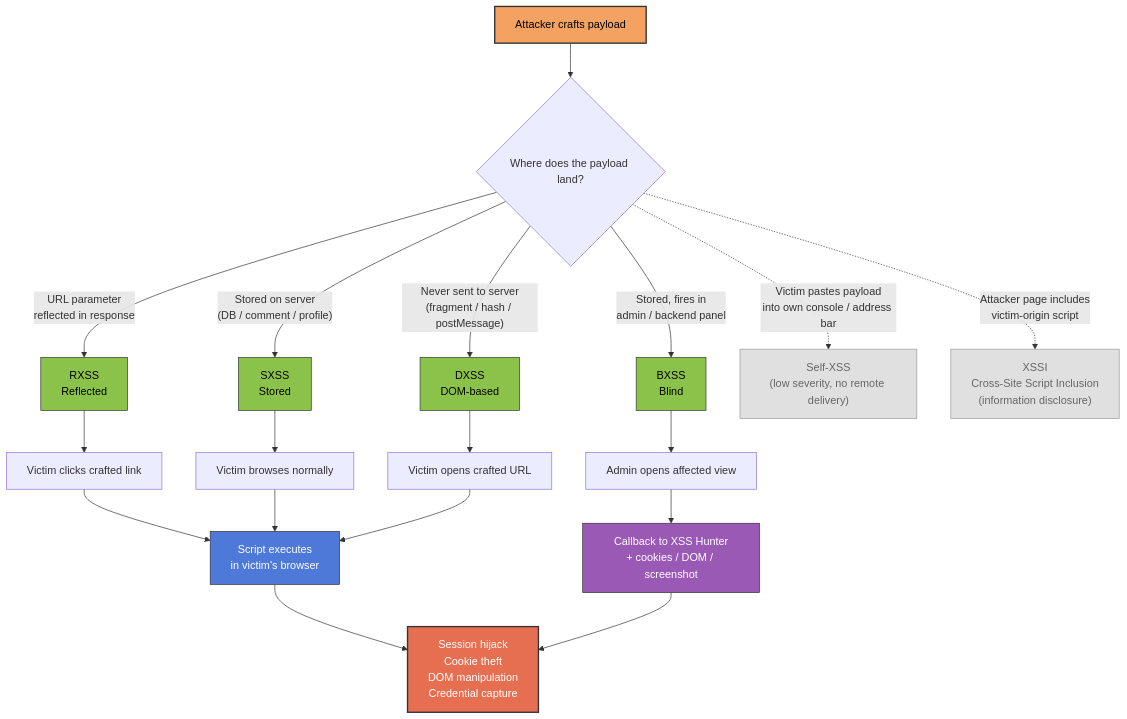
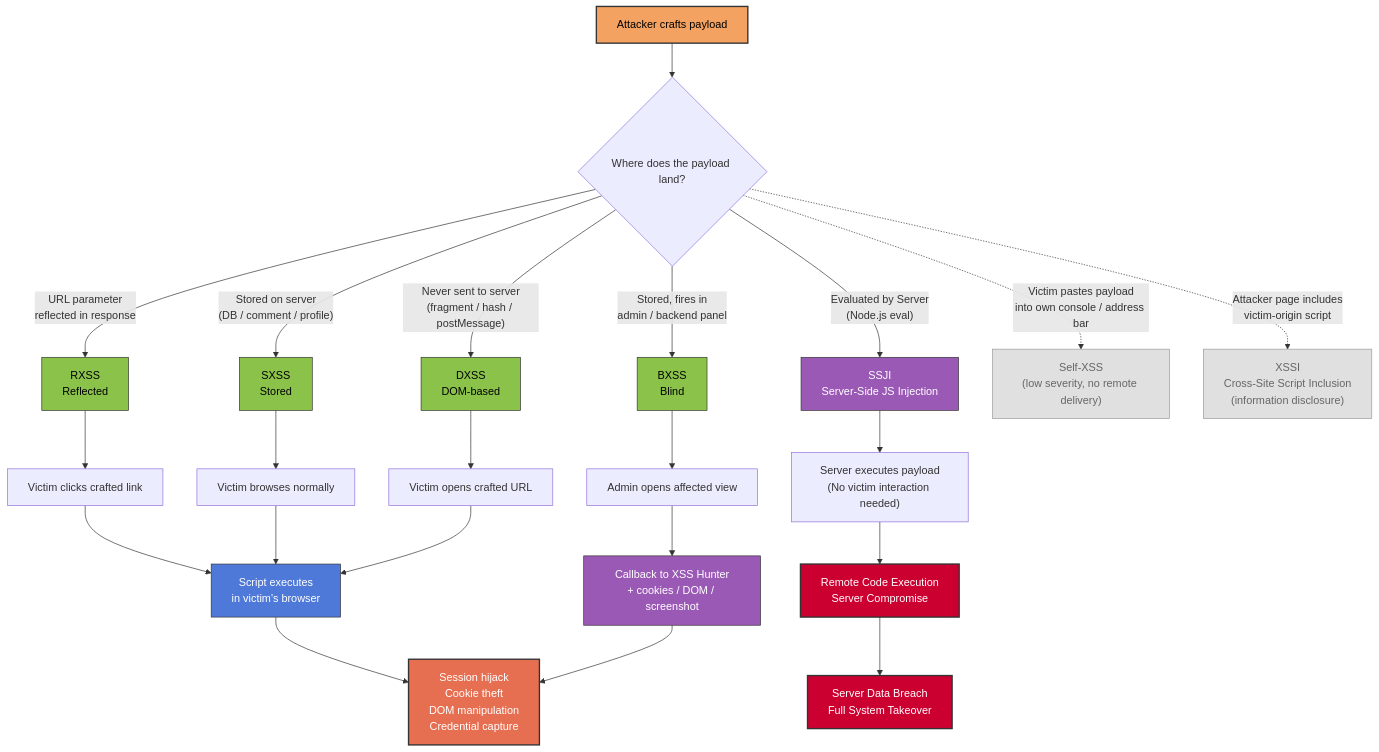
Before and after one commit to adolfcna/ATOM: the first of 2 diagrams in docs/OWASP/XSS & CSRF/XSS.mdx, drawn with Mermaid. The commit also changed other lines of this file and 1 other file, not shown here.

````diff
--- a/docs/OWASP/XSS & CSRF/XSS.mdx
+++ b/docs/OWASP/XSS & CSRF/XSS.mdx
@@ -26,36 +26,43 @@
 ```mermaid
 flowchart TD
     A["Attacker crafts payload"] --> B{"Where does the payload land?"}
 
     B -->|"URL parameter<br/>reflected in response"| R["RXSS<br/>Reflected"]
     B -->|"Stored on server<br/>(DB / comment / profile)"| S["SXSS<br/>Stored"]
     B -->|"Never sent to server<br/>(fragment / hash / postMessage)"| D["DXSS<br/>DOM-based"]
     B -->|"Stored, fires in<br/>admin / backend panel"| BL["BXSS<br/>Blind"]
+    B -->|"Evaluated by Server<br/>(Node.js eval)"| SSJI["SSJI<br/>Server-Side JS Injection"]
 
     R --> V1["Victim clicks crafted link"]
     S --> V2["Victim browses normally"]
     D --> V3["Victim opens crafted URL"]
     BL --> V4["Admin opens affected view"]
+    SSJI --> SRV["Server executes payload<br/>(No victim interaction needed)"]
 
     V1 --> EXEC["Script executes<br/>in victim's browser"]
     V2 --> EXEC
     V3 --> EXEC
     V4 --> CALL["Callback to XSS Hunter<br/>+ cookies / DOM / screenshot"]
+    SRV --> RCE["Remote Code Execution<br/>Server Compromise"]
 
     EXEC --> IMPACT["Session hijack<br/>Cookie theft<br/>DOM manipulation<br/>Credential capture"]
     CALL --> IMPACT
+    RCE --> IMPACT2["Server Data Breach<br/>Full System Takeover"]
 
     B -.->|"Victim pastes payload<br/>into own console / address bar"| SELF["Self-XSS<br/>(low severity, no remote delivery)"]
     B -.->|"Attacker page includes<br/>victim-origin script"| XSSI["XSSI<br/>Cross-Site Script Inclusion<br/>(information disclosure)"]
 
     style A fill:#f4a261,stroke:#333,stroke-width:2px,color:#000
     style R fill:#8bc34a,stroke:#333,stroke-width:1px,color:#000
     style S fill:#8bc34a,stroke:#333,stroke-width:1px,color:#000
     style D fill:#8bc34a,stroke:#333,stroke-width:1px,color:#000
     style BL fill:#8bc34a,stroke:#333,stroke-width:1px,color:#000
+    style SSJI fill:#9b59b6,stroke:#333,stroke-width:1px,color:#fff
     style SELF fill:#e0e0e0,stroke:#999,stroke-width:1px,color:#666
     style XSSI fill:#e0e0e0,stroke:#999,stroke-width:1px,color:#666
     style EXEC fill:#4f79d9,stroke:#333,stroke-width:1px,color:#fff
     style IMPACT fill:#e76f51,stroke:#333,stroke-width:2px,color:#fff
     style CALL fill:#9b59b6,stroke:#333,stroke-width:1px,color:#fff
+    style RCE fill:#CC0030,stroke:#333,stroke-width:2px,color:#fff
+    style IMPACT2 fill:#CC0030,stroke:#333,stroke-width:2px,color:#fff
 ```
````
